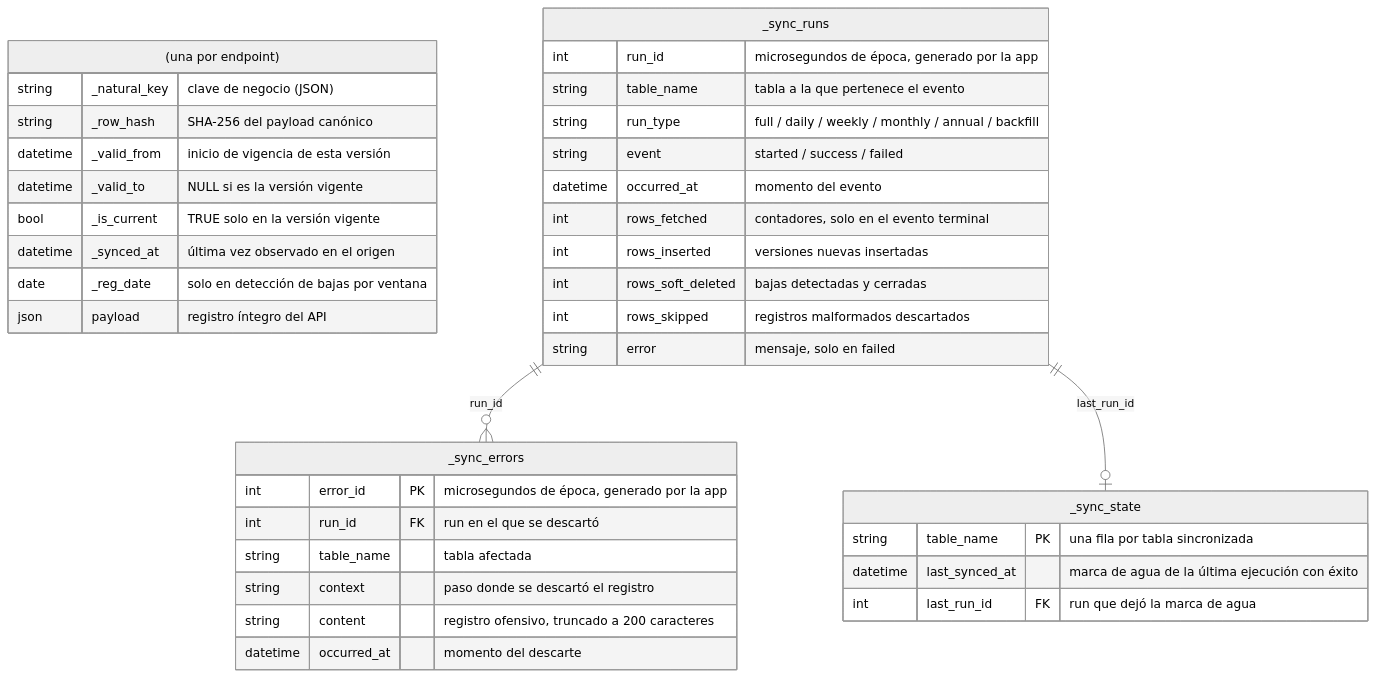
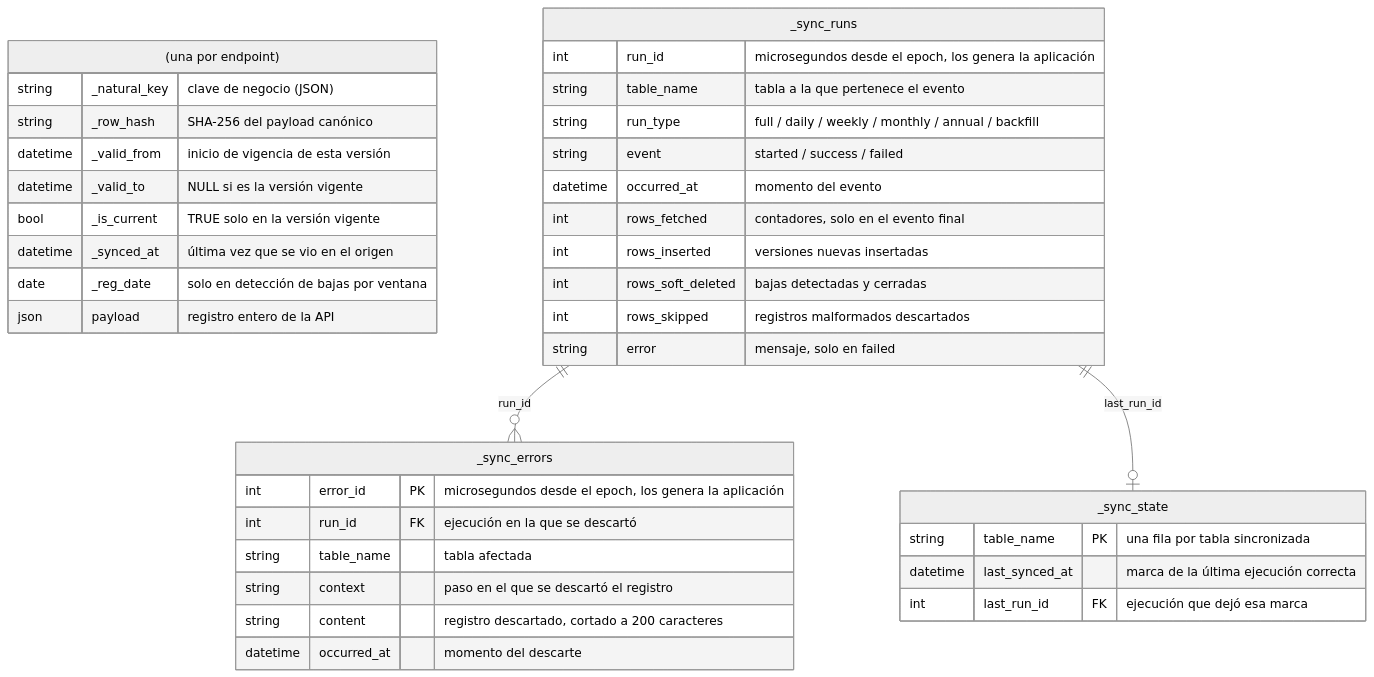
One commit to cruzlorite/bdns-fetch changed the first of 2 diagrams in packages/bdns-sync/README.md. Above: the diagram before and after it, drawn with Mermaid (neutral theme). The commit also changed other lines of this file and 6 other files, not shown here.

````diff
--- a/packages/bdns-sync/README.md
+++ b/packages/bdns-sync/README.md
@@ -113,40 +113,40 @@
 ```mermaid
 erDiagram
     "<entidad> (una por endpoint)" {
         string  _natural_key   "clave de negocio (JSON)"
         string  _row_hash      "SHA-256 del payload canónico"
         datetime _valid_from   "inicio de vigencia de esta versión"
         datetime _valid_to     "NULL si es la versión vigente"
         bool    _is_current    "TRUE solo en la versión vigente"
-        datetime _synced_at    "última vez observado en el origen"
+        datetime _synced_at    "última vez que se vio en el origen"
         date    _reg_date      "solo en detección de bajas por ventana"
-        json    payload        "registro íntegro del API"
+        json    payload        "registro entero de la API"
     }
     _sync_state {
         string   table_name PK "una fila por tabla sincronizada"
-        datetime last_synced_at "marca de agua de la última ejecución con éxito"
-        int      last_run_id FK "run que dejó la marca de agua"
+        datetime last_synced_at "marca de la última ejecución correcta"
+        int      last_run_id FK "ejecución que dejó esa marca"
     }
     _sync_runs {
-        int      run_id        "microsegundos de época, generado por la app"
+        int      run_id        "microsegundos desde el epoch, los genera la aplicación"
         string   table_name    "tabla a la que pertenece el evento"
         string   run_type      "full / daily / weekly / monthly / annual / backfill"
         string   event         "started / success / failed"
         datetime occurred_at   "momento del evento"
-        int      rows_fetched  "contadores, solo en el evento terminal"
+        int      rows_fetched  "contadores, solo en el evento final"
         int      rows_inserted "versiones nuevas insertadas"
         int      rows_soft_deleted "bajas detectadas y cerradas"
         int      rows_skipped  "registros malformados descartados"
         string   error         "mensaje, solo en failed"
     }
     _sync_errors {
-        int      error_id PK   "microsegundos de época, generado por la app"
-        int      run_id FK     "run en el que se descartó"
+        int      error_id PK   "microsegundos desde el epoch, los genera la aplicación"
+        int      run_id FK     "ejecución en la que se descartó"
         string   table_name    "tabla afectada"
-        string   context       "paso donde se descartó el registro"
-        string   content       "registro ofensivo, truncado a 200 caracteres"
+        string   context       "paso en el que se descartó el registro"
+        string   content       "registro descartado, cortado a 200 caracteres"
         datetime occurred_at   "momento del descarte"
     }
     _sync_runs ||--o{ _sync_errors : "run_id"
     _sync_runs ||--o| _sync_state : "last_run_id"
 ```
````
